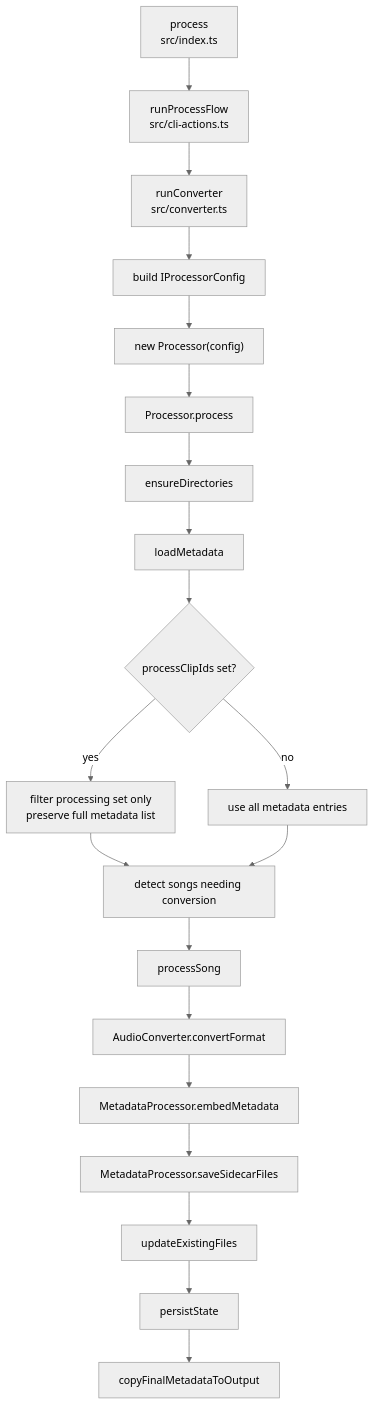
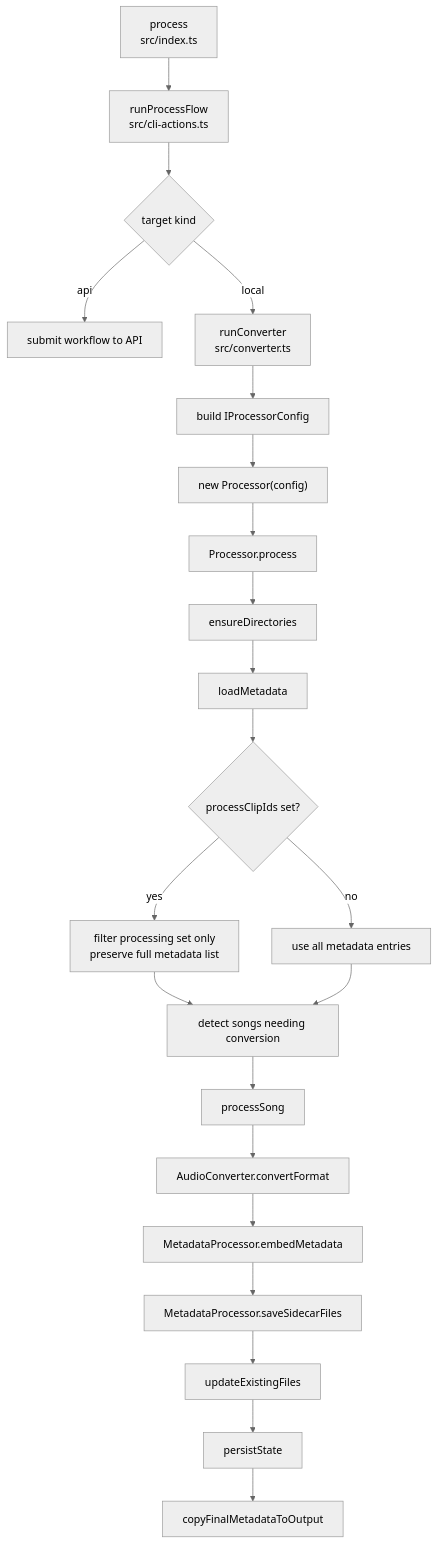
Before and after one commit to mikeygnyc/SunoLibrarian: the fifth of 9 diagrams in docs/cli-program-flow.md, drawn with Mermaid (neutral theme). The commit also changed other lines of this file and 40 other files, not shown here.

First line of the commit message:
feat: add architecture simplification checklist and testing guide

````diff
--- a/docs/cli-program-flow.md
+++ b/docs/cli-program-flow.md
@@ -200,22 +218,24 @@
 ```mermaid
 flowchart TD
   A["process<br/>src/index.ts"] --> B["runProcessFlow<br/>src/cli-actions.ts"]
-  B --> C["runConverter<br/>src/converter.ts"]
-  C --> D["build IProcessorConfig"]
-  D --> E["new Processor(config)"]
-  E --> F["Processor.process"]
-  F --> G["ensureDirectories"]
-  G --> H["loadMetadata"]
-  H --> I{"processClipIds set?"}
-  I -- yes --> J["filter processing set only<br/>preserve full metadata list"]
-  I -- no --> K["use all metadata entries"]
-  J --> L["detect songs needing conversion"]
-  K --> L
-  L --> M["processSong"]
-  M --> N["AudioConverter.convertFormat"]
-  N --> O["MetadataProcessor.embedMetadata"]
-  O --> P["MetadataProcessor.saveSidecarFiles"]
-  P --> Q["updateExistingFiles"]
-  Q --> R["persistState"]
-  R --> S["copyFinalMetadataToOutput"]
+  B --> C{"target kind"}
+  C -- "api" --> D["submit workflow to API"]
+  C -- "local" --> E["runConverter<br/>src/converter.ts"]
+  E --> F["build IProcessorConfig"]
+  F --> G["new Processor(config)"]
+  G --> H["Processor.process"]
+  H --> I["ensureDirectories"]
+  I --> J["loadMetadata"]
+  J --> K{"processClipIds set?"}
+  K -- yes --> L["filter processing set only<br/>preserve full metadata list"]
+  K -- no --> M["use all metadata entries"]
+  L --> N["detect songs needing conversion"]
+  M --> N
+  N --> O["processSong"]
+  O --> P["AudioConverter.convertFormat"]
+  P --> Q["MetadataProcessor.embedMetadata"]
+  Q --> R["MetadataProcessor.saveSidecarFiles"]
+  R --> S["updateExistingFiles"]
+  S --> T["persistState"]
+  T --> U["copyFinalMetadataToOutput"]
 ```
````
